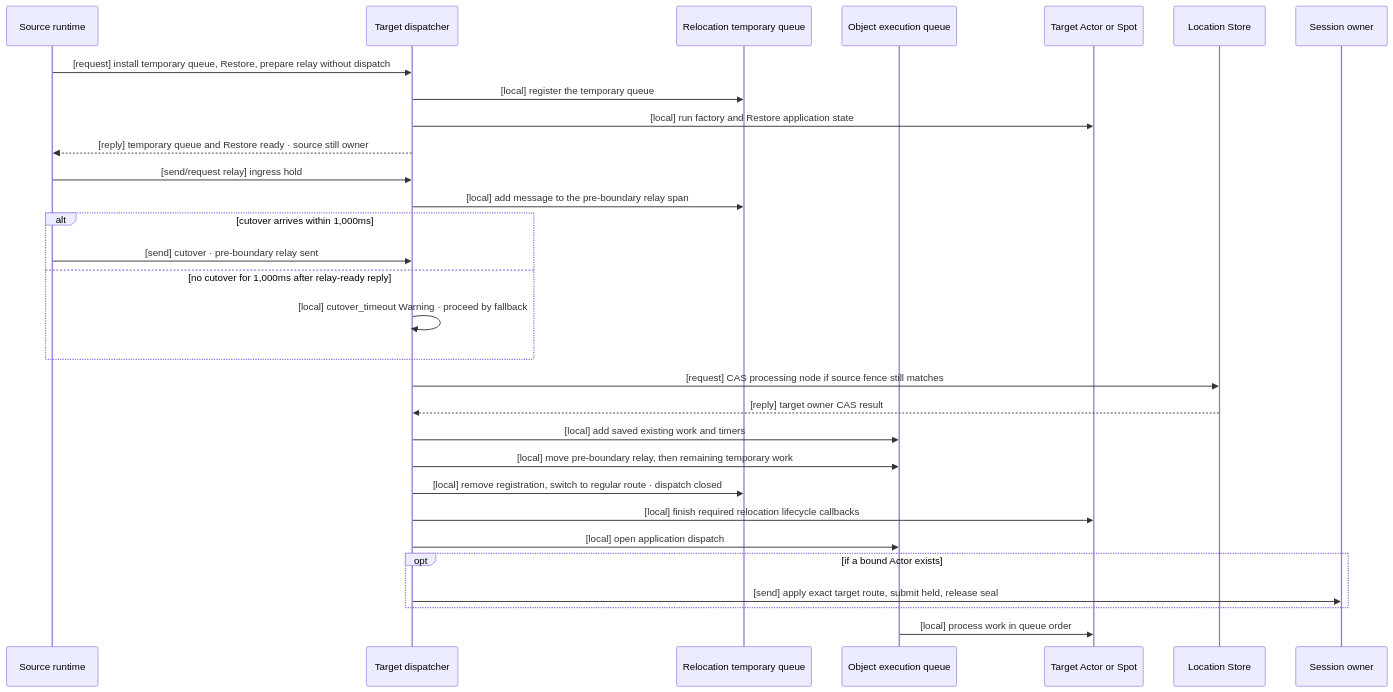
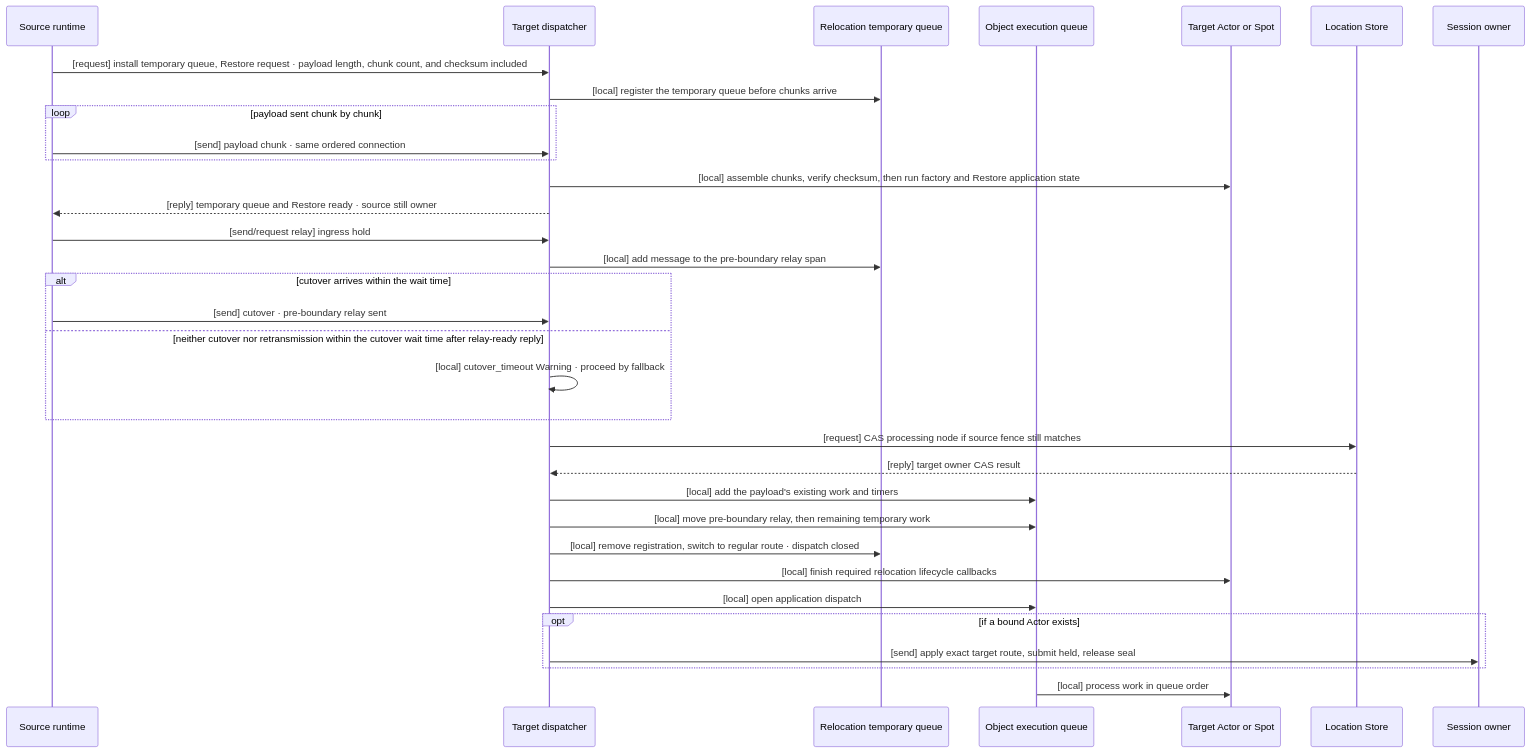
Before and after one commit to zlink-systems/zlink: the fourth of 8 diagrams in framework/doc/framework/common/spec/server/30-host-relocation-flow.en.md, drawn with Mermaid. The commit also changed other lines of this file and 145 other files, not shown here.

````diff
--- a/framework/doc/framework/common/spec/server/30-host-relocation-flow.en.md
+++ b/framework/doc/framework/common/spec/server/30-host-relocation-flow.en.md
@@ -562,33 +635,36 @@
 ```mermaid
 sequenceDiagram
     participant Source as Source runtime
     participant Dispatch as Target dispatcher
     participant TempQueue as Relocation temporary queue
     participant ObjectQueue as Object execution queue
     participant Object as Target Actor or Spot
     participant LocationStore as Location Store
     participant SessionOwner as Session owner
 
-    Source->>Dispatch: [request] install temporary queue, Restore, prepare relay without dispatch
-    Dispatch->>TempQueue: [local] register the temporary queue
-    Dispatch->>Object: [local] run factory and Restore application state
+    Source->>Dispatch: [request] install temporary queue, Restore request · payload length, chunk count, and checksum included
+    Dispatch->>TempQueue: [local] register the temporary queue before chunks arrive
+    loop payload sent chunk by chunk
+        Source->>Dispatch: [send] payload chunk · same ordered connection
+    end
+    Dispatch->>Object: [local] assemble chunks, verify checksum, then run factory and Restore application state
     Dispatch-->>Source: [reply] temporary queue and Restore ready · source still owner
     Source->>Dispatch: [send/request relay] ingress hold
     Dispatch->>TempQueue: [local] add message to the pre-boundary relay span
-    alt cutover arrives within 1,000ms
+    alt cutover arrives within the wait time
         Source->>Dispatch: [send] cutover · pre-boundary relay sent
-    else no cutover for 1,000ms after relay-ready reply
+    else neither cutover nor retransmission within the cutover wait time after relay-ready reply
         Dispatch->>Dispatch: [local] cutover_timeout Warning · proceed by fallback
     end
     Dispatch->>LocationStore: [request] CAS processing node if source fence still matches
     LocationStore-->>Dispatch: [reply] target owner CAS result
-    Dispatch->>ObjectQueue: [local] add saved existing work and timers
+    Dispatch->>ObjectQueue: [local] add the payload's existing work and timers
     Dispatch->>ObjectQueue: [local] move pre-boundary relay, then remaining temporary work
     Dispatch->>TempQueue: [local] remove registration, switch to regular route · dispatch closed
     Dispatch->>Object: [local] finish required relocation lifecycle callbacks
     Dispatch->>ObjectQueue: [local] open application dispatch
     opt if a bound Actor exists
         Dispatch->>SessionOwner: [send] apply exact target route, submit held, release seal
     end
     ObjectQueue->>Object: [local] process work in queue order
 ```
````
